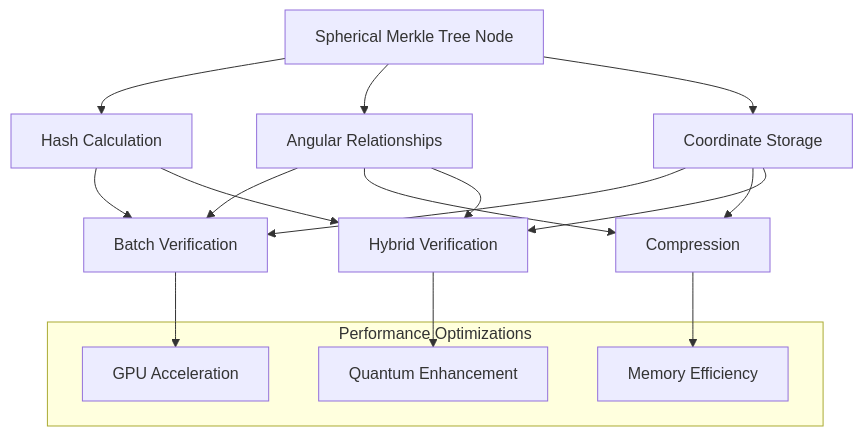
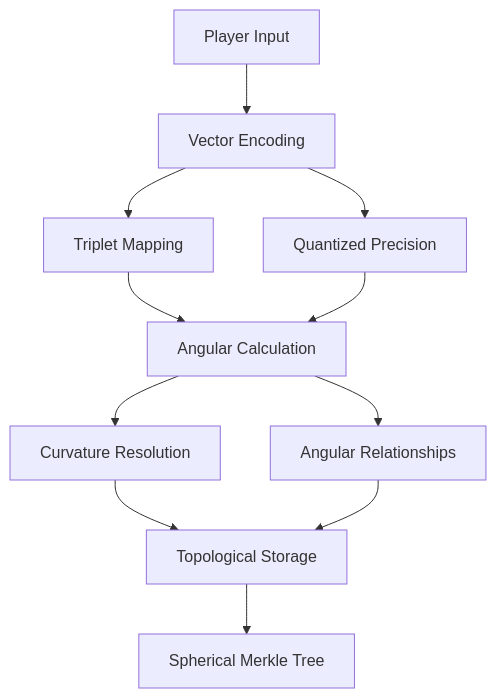
Before and after one commit to heavyblotto/memorativa: the second of 13 diagrams in docs/2. the cybernetic system/memorativa-2-22-percept-computational-architecture.md, drawn with Mermaid. The commit also changed other lines of this file and 2 other files, not shown here.

````diff
--- a/docs/2. the cybernetic system/memorativa-2-22-percept-computational-architecture.md
+++ b/docs/2. the cybernetic system/memorativa-2-22-percept-computational-architecture.md
@@ -353,29 +78,17 @@
 ```mermaid
 graph TD
-    SMTN[Spherical Merkle Tree Node] --> HASH[Hash Calculation]
-    SMTN --> ANG[Angular Relationships]
-    SMTN --> COORD[Coordinate Storage]
+    PI[Player Input] --> VE[Vector Encoding]
+    VE --> QP[Quantized Precision]
+    VE --> TM[Triplet Mapping]
     
-    HASH --> BATCH[Batch Verification]
-    ANG --> BATCH
-    COORD --> BATCH
+    TM --> AC[Angular Calculation]
+    QP --> AC
     
-    BATCH --> GPU[GPU Acceleration]
+    AC --> CR[Curvature Resolution]
+    AC --> AR[Angular Relationships]
     
-    COORD --> COMP[Compression]
-    ANG --> COMP
+    CR --> TS[Topological Storage]
+    AR --> TS
     
-    COMP --> MEM[Memory Efficiency]
-    
-    HASH --> HV[Hybrid Verification]
-    ANG --> HV
-    COORD --> HV
-    
-    HV --> QE[Quantum Enhancement]
-    
-    subgraph "Performance Optimizations"
-        GPU
-        MEM
-        QE
-    end
+    TS --> SMT[Spherical Merkle Tree]
 ```
````
